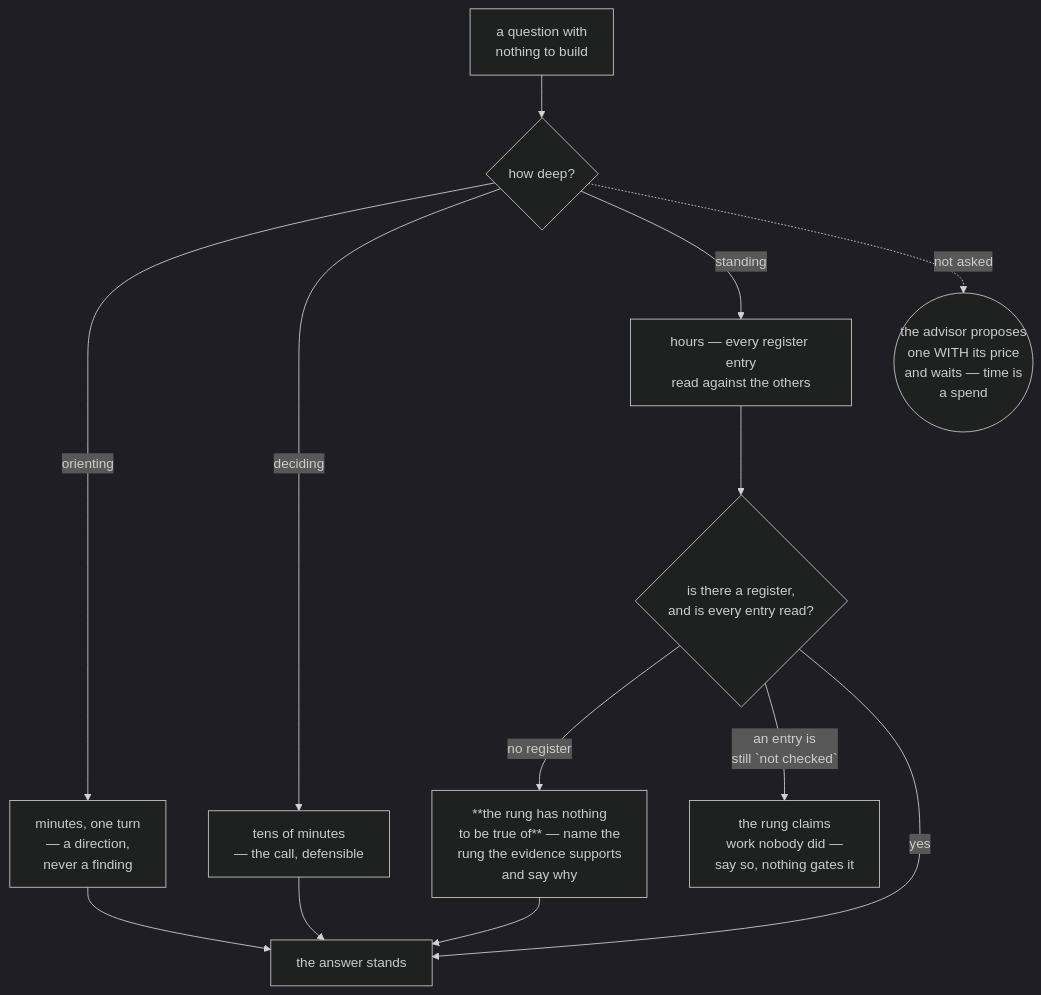
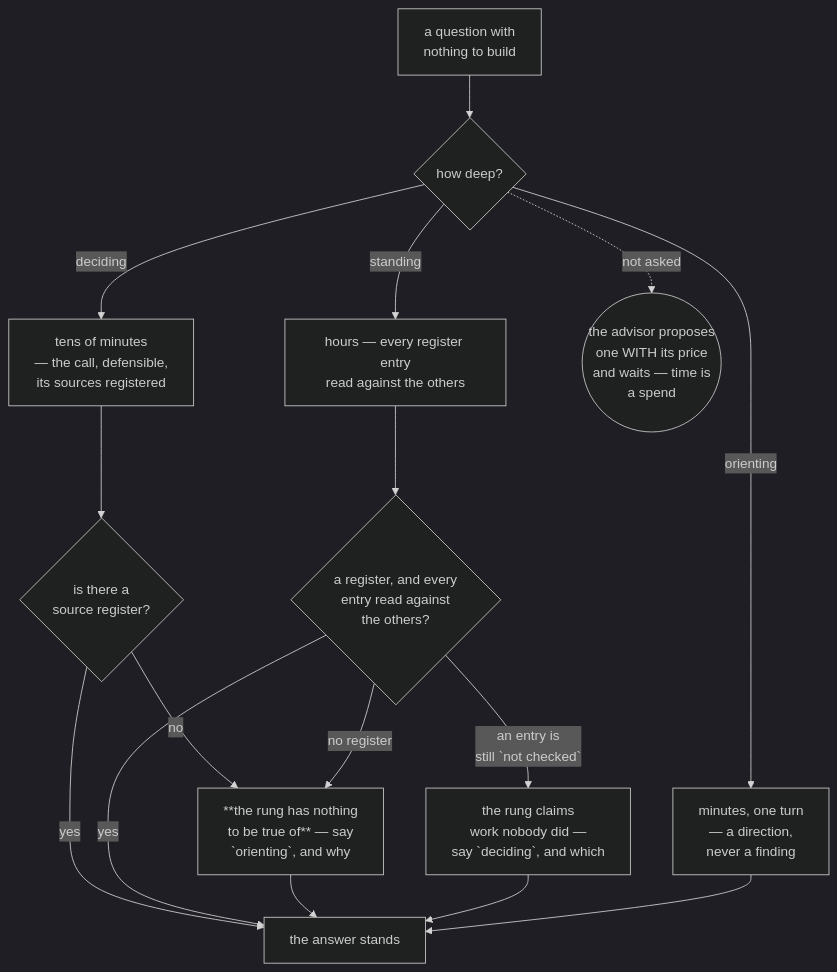
The first of 2 diagrams in consulting.md (jamillazarev/opsinist), drawn with Mermaid (dark theme) before and after one commit. The commit also changed other lines of this file and 6 other files, not shown here.

````diff
--- a/consulting.md
+++ b/consulting.md
@@ -29,15 +29,18 @@
 ```mermaid
 flowchart TD
   Q["a question with<br/>nothing to build"] --> D{"how deep?"}
   D -->|"orienting"| O["minutes, one turn<br/>— a direction,<br/>never a finding"]
-  D -->|"deciding"| E["tens of minutes<br/>— the call, defensible"]
+  D -->|"deciding"| E["tens of minutes<br/>— the call, defensible,<br/>its sources registered"]
   D -->|"standing"| S["hours — every register entry<br/>read against the others"]
   D -.->|"not asked"| A(("the advisor proposes<br/>one WITH its price<br/>and waits — time is<br/>a spend"))
-  S --> V{"is there a register,<br/>and is every entry read?"}
-  V -->|"no register"| N["**the rung has nothing<br/>to be true of** — name the<br/>rung the evidence supports<br/>and say why"]
+  E --> GE{"is there a<br/>source register?"}
+  GE -->|"no"| N["**the rung has nothing<br/>to be true of** — say<br/>`orienting`, and why"]
+  GE -->|"yes"| K["the answer stands"]
+  S --> GS{"a register, and every<br/>entry read against<br/>the others?"}
+  GS -->|"no register"| N
+  GS -->|"an entry is<br/>still `not checked`"| R["the rung claims<br/>work nobody did —<br/>say `deciding`, and which"]
+  GS -->|"yes"| K
   N --> K
-  V -->|"an entry is<br/>still `not checked`"| R["the rung claims<br/>work nobody did —<br/>say so, nothing gates it"]
-  V -->|"yes"| K["the answer stands"]
+  R --> K
   O --> K
-  E --> K
 ```
````
